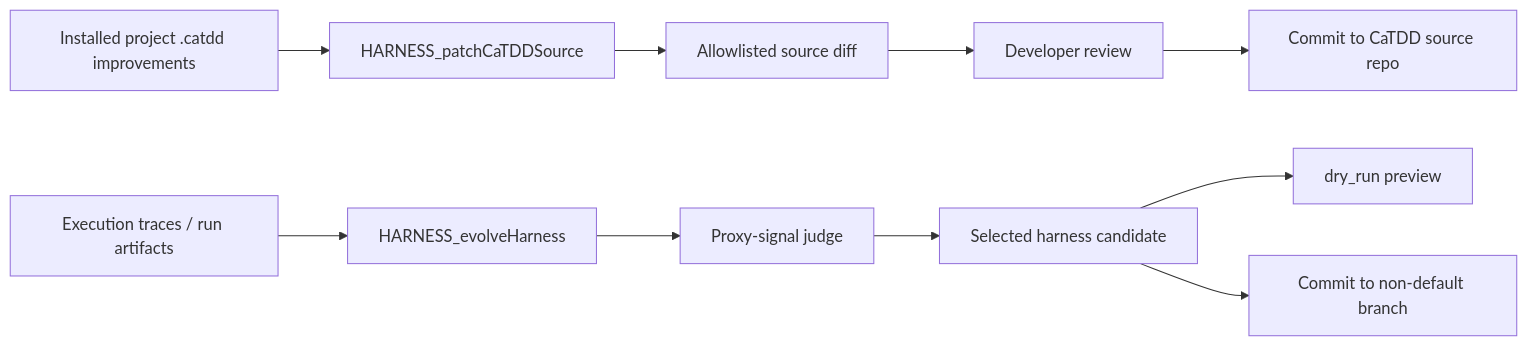
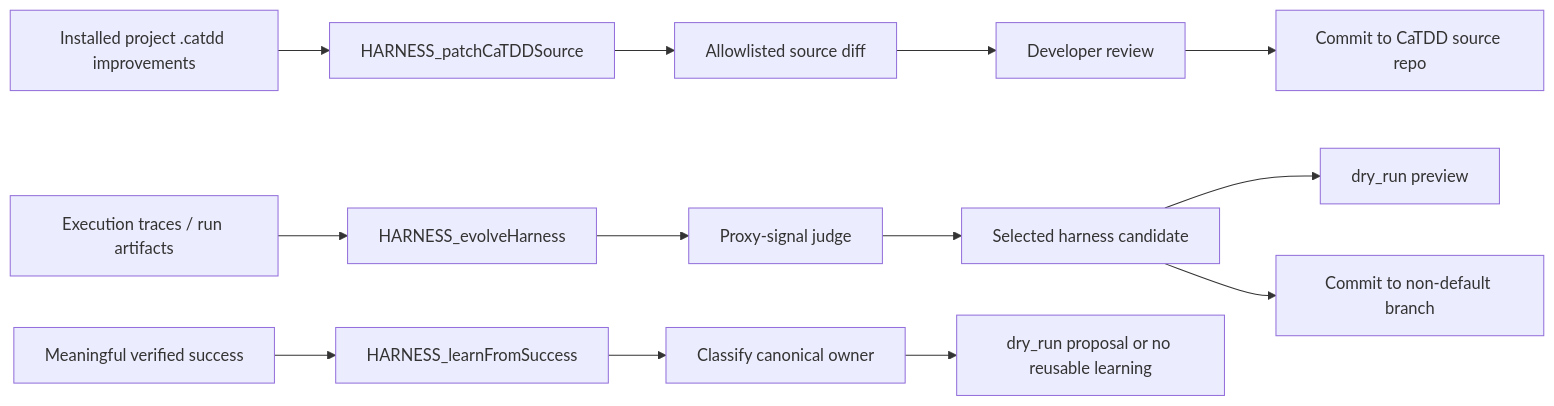
One commit to EnigmaWU/MyCaTDD changed the diagram in slashCommands/kits/Px-HarnessKits.md. Above: the diagram before and after it, drawn with Mermaid. The commit also changed other lines of this file and 19 other files, not shown here.

Commit message:
feat: add HARNESS_learnFromSuccess command and integrate learning checkpoint reminders

````diff
--- a/slashCommands/kits/Px-HarnessKits.md
+++ b/slashCommands/kits/Px-HarnessKits.md
@@ -44,13 +48,17 @@
 ```mermaid
 flowchart LR
     Installed["Installed project .catdd improvements"] --> Inspect["HARNESS_patchCaTDDSource"]
     Inspect --> Diff["Allowlisted source diff"]
     Diff --> Review["Developer review"]
     Review --> Commit["Commit to CaTDD source repo"]
 
     Traces["Execution traces / run artifacts"] --> Propose["HARNESS_evolveHarness"]
     Propose --> Judge["Proxy-signal judge"]
     Judge --> Winner["Selected harness candidate"]
     Winner --> Preview["dry_run preview"]
     Winner --> EvolveCommit["Commit to non-default branch"]
+
+    Success["Meaningful verified success"] --> Learn["HARNESS_learnFromSuccess"]
+    Learn --> Route["Classify canonical owner"]
+    Route --> Proposal["dry_run proposal or no reusable learning"]
 ```
````
